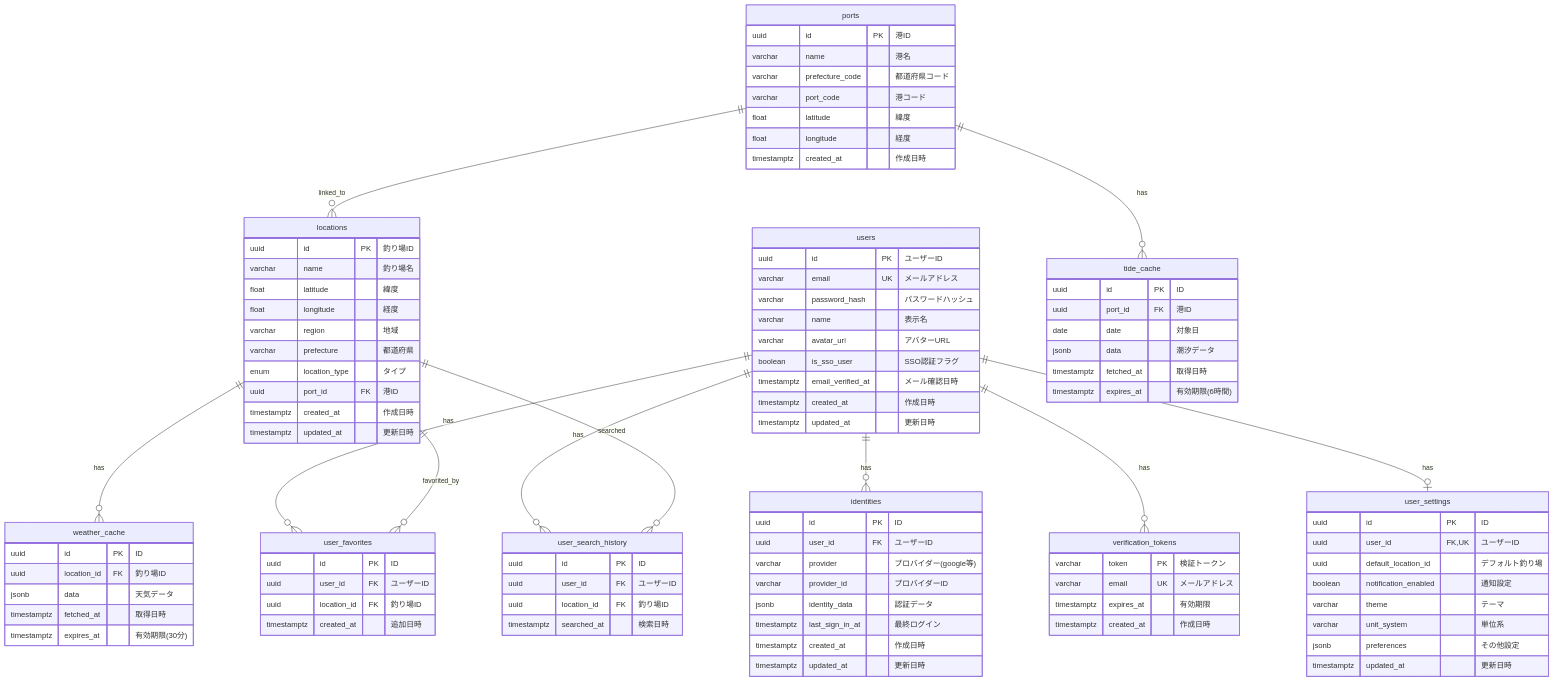
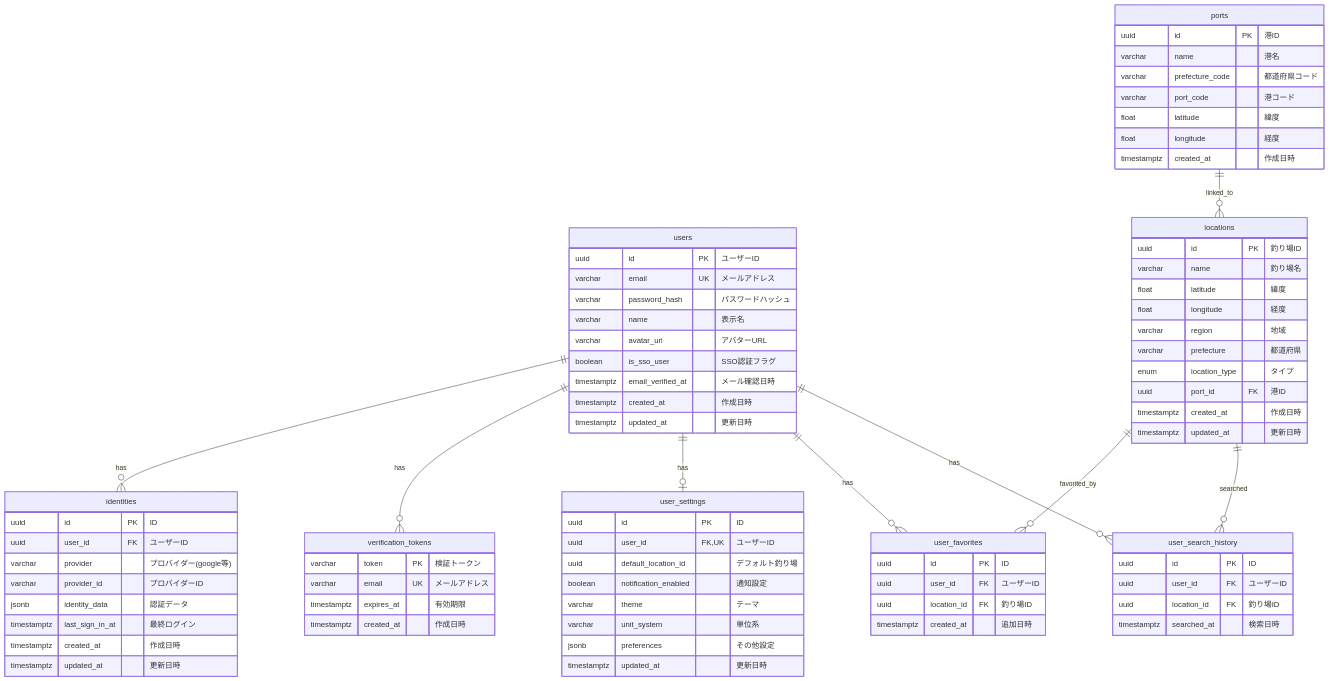
One commit to kazumadev619-dev/FishingConditionsApp changed the second of 3 diagrams in docs/architecture.md. Above: the diagram before and after it, drawn with Mermaid. The commit also changed other lines of this file and 13 other files, not shown here.

First line of the commit message:
🗑️ chore: 未使用のweather_cache/tide_cacheテーブルを削除 #82

```diff
--- a/docs/architecture.md
+++ b/docs/architecture.md
@@ -169,8 +169,6 @@
     %% 釣り場・位置情報系
     %% ============================================
     ports ||--o{ locations : "linked_to"
-    ports ||--o{ tide_cache : "has"
-    locations ||--o{ weather_cache : "has"
     locations ||--o{ user_favorites : "favorited_by"
     locations ||--o{ user_search_history : "searched"
 
@@ -230,23 +228,6 @@
         timestamptz created_at "作成日時"
     }
 
-    weather_cache {
-        uuid id PK "ID"
-        uuid location_id FK "釣り場ID"
-        jsonb data "天気データ"
-        timestamptz fetched_at "取得日時"
-        timestamptz expires_at "有効期限(30分)"
-    }
-
-    tide_cache {
-        uuid id PK "ID"
-        uuid port_id FK "港ID"
-        date date "対象日"
-        jsonb data "潮汐データ"
-        timestamptz fetched_at "取得日時"
-        timestamptz expires_at "有効期限(6時間)"
-    }
-
     user_favorites {
         uuid id PK "ID"
         uuid user_id FK "ユーザーID"
```
